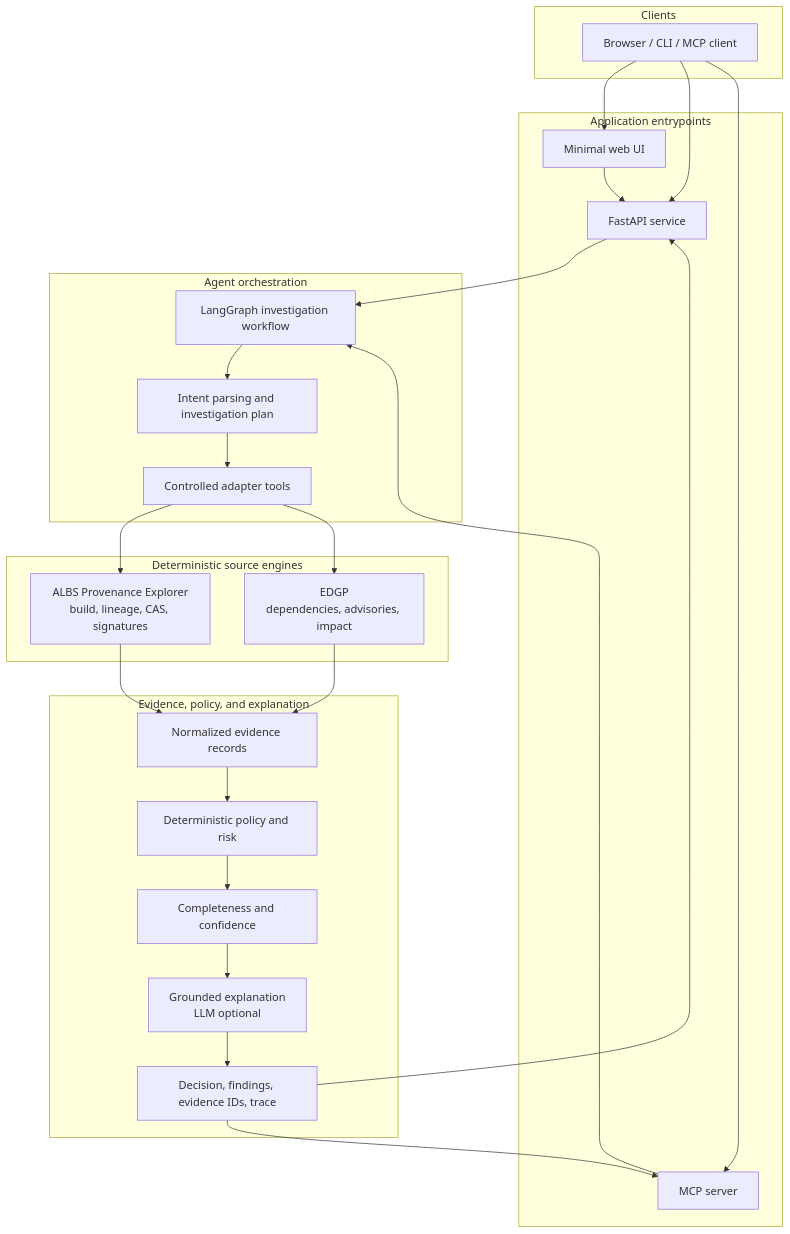
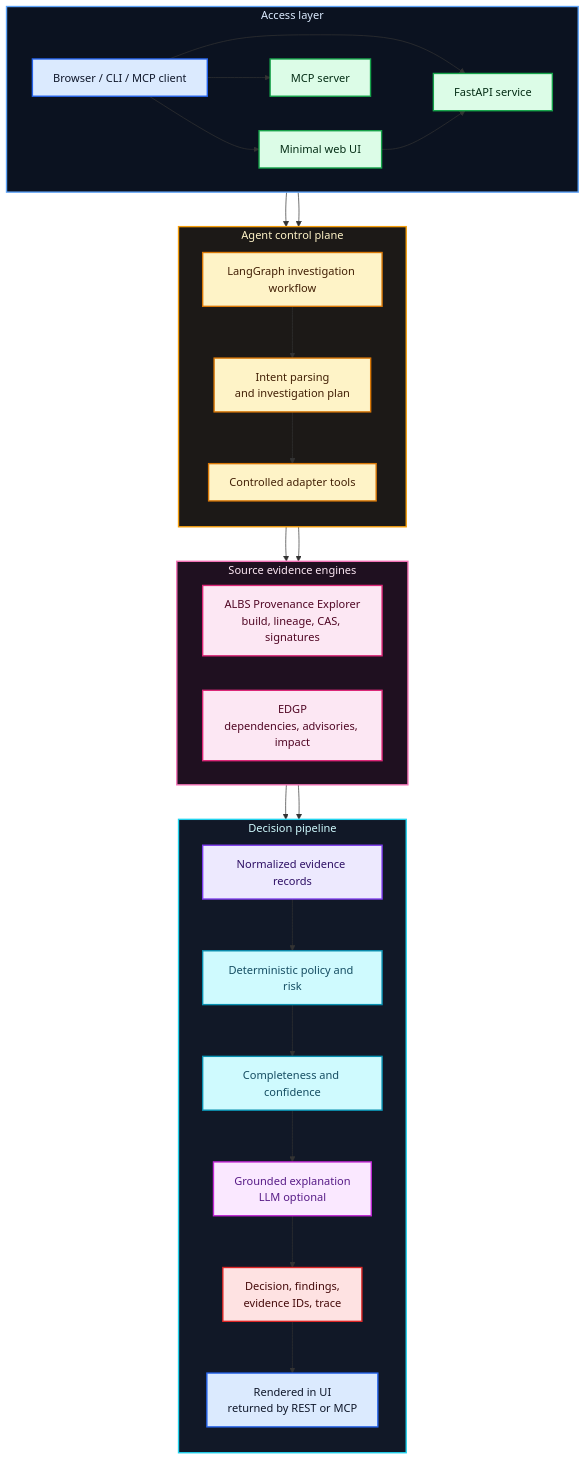
The diagram in README.md (xsub/ProvenanceRiskAgent), drawn with Mermaid before and after one commit.

Commit message:
Improve README architecture diagram layout

````diff
--- a/README.md
+++ b/README.md
@@ -54,50 +54,65 @@
 ```mermaid
-flowchart TD
-  subgraph clients["Clients"]
-    client["Browser / CLI / MCP client"];
+flowchart TB
+  subgraph access["Access layer"]
+    direction LR
+    client["Browser / CLI / MCP client"]:::client;
+    web_ui["Minimal web UI"]:::entry;
+    api_service["FastAPI service"]:::entry;
+    mcp_server["MCP server"]:::entry;
   end
 
-  subgraph entrypoints["Application entrypoints"]
-    web_ui["Minimal web UI"];
-    api_service["FastAPI service"];
-    mcp_server["MCP server"];
+  subgraph control["Agent control plane"]
+    direction TB
+    workflow["LangGraph investigation workflow"]:::workflow;
+    planner["Intent parsing<br/>and investigation plan"]:::workflow;
+    adapter_tools["Controlled adapter tools"]:::workflow;
   end
 
-  subgraph orchestration["Agent orchestration"]
-    workflow["LangGraph investigation workflow"];
-    planner["Intent parsing and investigation plan"];
-    adapter_tools["Controlled adapter tools"];
+  subgraph sources["Source evidence engines"]
+    direction LR
+    albs_engine["ALBS Provenance Explorer<br/>build, lineage, CAS, signatures"]:::source;
+    edgp_engine["EDGP<br/>dependencies, advisories, impact"]:::source;
   end
 
-  subgraph engines["Deterministic source engines"]
-    albs_engine["ALBS Provenance Explorer<br/>build, lineage, CAS, signatures"];
-    edgp_engine["EDGP<br/>dependencies, advisories, impact"];
-  end
-
-  subgraph assessment_layer["Evidence, policy, and explanation"]
-    evidence_records["Normalized evidence records"];
-    policy_engine["Deterministic policy and risk"];
-    assessment["Completeness and confidence"];
-    explainer["Grounded explanation<br/>LLM optional"];
-    response["Decision, findings, evidence IDs, trace"];
+  subgraph decisioning["Decision pipeline"]
+    direction TB
+    evidence_records["Normalized evidence records"]:::evidence;
+    policy_engine["Deterministic policy and risk"]:::policy;
+    assessment["Completeness and confidence"]:::policy;
+    explainer["Grounded explanation<br/>LLM optional"]:::explain;
+    response["Decision, findings,<br/>evidence IDs, trace"]:::result;
+    delivery["Rendered in UI<br/>returned by REST or MCP"]:::client;
   end
 
   client --> web_ui;
   client --> api_service;
   client --> mcp_server;
   web_ui --> api_service;
   api_service --> workflow;
   mcp_server --> workflow;
   workflow --> planner;
   planner --> adapter_tools;
   adapter_tools --> albs_engine;
   adapter_tools --> edgp_engine;
   albs_engine --> evidence_records;
   edgp_engine --> evidence_records;
   evidence_records --> policy_engine;
   policy_engine --> assessment;
   assessment --> explainer;
   explainer --> response;
-  response --> api_service;
-  response --> mcp_server;
+  response --> delivery;
+
+  classDef client fill:#dbeafe,stroke:#2563eb,color:#0f172a,stroke-width:2px;
+  classDef entry fill:#dcfce7,stroke:#16a34a,color:#052e16,stroke-width:2px;
+  classDef workflow fill:#fef3c7,stroke:#d97706,color:#422006,stroke-width:2px;
+  classDef source fill:#fce7f3,stroke:#db2777,color:#500724,stroke-width:2px;
+  classDef evidence fill:#ede9fe,stroke:#7c3aed,color:#2e1065,stroke-width:2px;
+  classDef policy fill:#cffafe,stroke:#0891b2,color:#164e63,stroke-width:2px;
+  classDef explain fill:#fae8ff,stroke:#c026d3,color:#581c87,stroke-width:2px;
+  classDef result fill:#fee2e2,stroke:#dc2626,color:#450a0a,stroke-width:2px;
+
+  style access fill:#0b1220,stroke:#60a5fa,stroke-width:2px,color:#dbeafe;
+  style control fill:#1c1917,stroke:#f59e0b,stroke-width:2px,color:#fef3c7;
+  style sources fill:#1f1020,stroke:#f472b6,stroke-width:2px,color:#fce7f3;
+  style decisioning fill:#111827,stroke:#22d3ee,stroke-width:2px,color:#cffafe;
 ```
````
